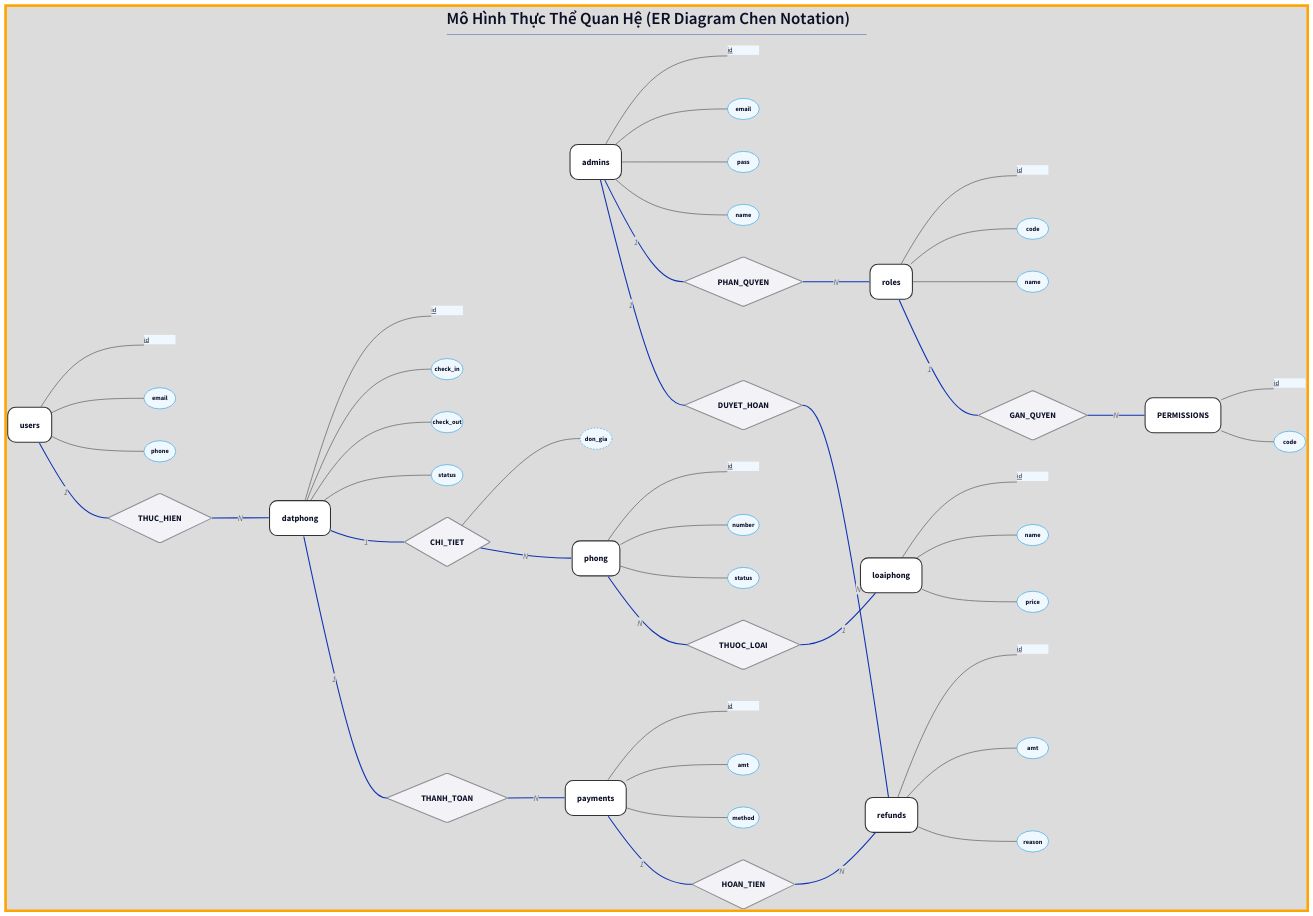
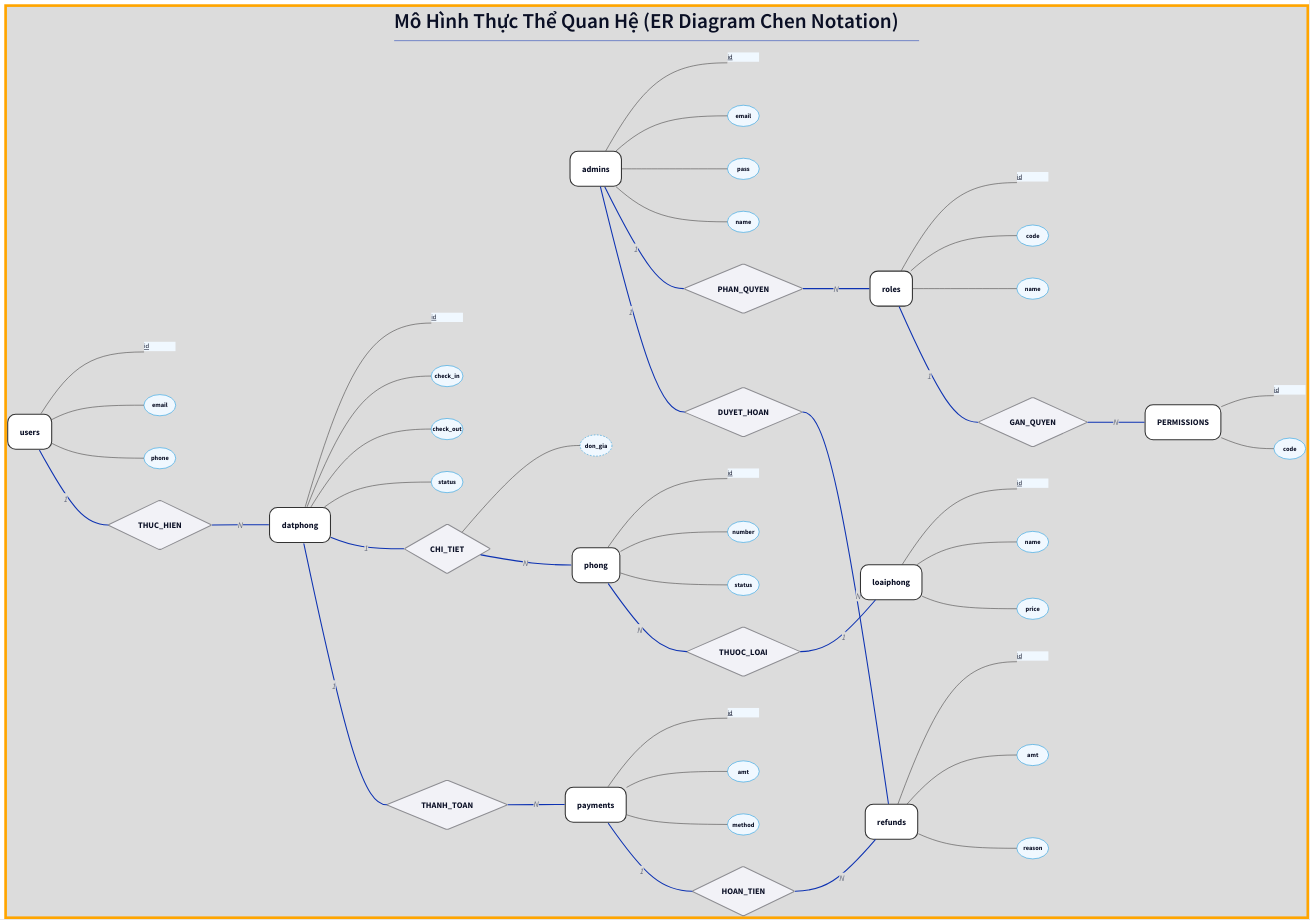
One commit to sam-uit/typst-report-template changed the diagram in content/er.d2. Above: the diagram before and after it, drawn with D2.

```diff
--- a/content/er.d2
+++ b/content/er.d2
@@ -1,191 +1,196 @@
 # Template: D2
 # Author: Sam Dinh
 # Mục đích: Tạo ER Diagram Chen Notation.
 # Trang nguồn: https://d2lang.com/
 # VSCode extension: Terrastruct.d2
 
 direction: right
 
 # Tiêu đề: căn góc trên-giữa
 title: |md
   # Mô Hình Thực Thể Quan Hệ (ER Diagram Chen Notation)
 | {near: top-center}
 
+title.style: {
+  font-size: 20
+  # font: "mono"
+}
+
 # --- 0. STYLES ---
 style: {
-  font: "mono"
+  # font: "mono"
   fill: "#dcdcdc"
   stroke: "orange"
   stroke-width: 5
 }
 
 # --- 1. CSS STYLES (THEME) ---
 classes: {
   # Thực thể: Chữ nhật bo góc Apple style
   entity: {
     shape: rectangle
     style: {
       border-radius: 15
       stroke-width: 2
       fill: "#FFFFFF"
       stroke: "#333333"
     }
   }
 
   # Thuộc tính: Oval màu xanh nhạt
   attr: {
     shape: oval
     width: 60
     height: 40
     style: {
       fill: "#F0F8FF"
       stroke: "#0d95de"
       stroke-width: 1
       font-size: 12
     }
   }
 
   # Quan hệ: Hình thoi
   rel: {
     shape: diamond
     style: {
       fill: "#F2F2F7"
       stroke: "#8E8E93"
     }
   }
 
   # Đường nối thuộc tính: Màu nhạt
   link_attr: {
     style: {
       stroke: "#3a3838"
       stroke-width: 1
     }
   }
 }
 
 # --- 2. DATA MODEL ---
 
 # === AUTH SYSTEM ===
 admins: {class: entity}
 # Attributes
 admin_id: {class: attr; label: |md <u>id</u> |}
 admin_mail: {class: attr; label: email}
 admin_pass: {class: attr; label: pass}
 admin_name: {class: attr; label: name}
 # Connections
 admins -- admin_id: {class: link_attr}
 admins -- admin_mail: {class: link_attr}
 admins -- admin_pass: {class: link_attr}
 admins -- admin_name: {class: link_attr}
 
 roles: {class: entity}
 role_id: {class: attr; label: |md <u>id</u> |}
 role_code: {class: attr; label: code}
 role_name: {class: attr; label: name}
 roles -- role_id: {class: link_attr}
 roles -- role_code: {class: link_attr}
 roles -- role_name: {class: link_attr}
 
 perms: {class: entity; label: PERMISSIONS}
 perm_id: {class: attr; label: |md <u>id</u> |}
 perm_code: {class: attr; label: code}
 perms -- perm_id: {class: link_attr}
 perms -- perm_code: {class: link_attr}
 
 # === BOOKING SYSTEM ===
 users: {class: entity}
 user_id: {class: attr; label: |md <u>id</u> |}
 user_mail: {class: attr; label: email}
 user_phn: {class: attr; label: phone}
 users -- user_id: {class: link_attr}
 users -- user_mail: {class: link_attr}
 users -- user_phn: {class: link_attr}
 
 datphong: {class: entity}
 dp_id: {class: attr; label: |md <u>id</u> |}
 dp_in: {class: attr; label: check_in}
 dp_out: {class: attr; label: check_out}
 dp_stt: {class: attr; label: status}
 datphong -- dp_id: {class: link_attr}
 datphong -- dp_in: {class: link_attr}
 datphong -- dp_out: {class: link_attr}
 datphong -- dp_stt: {class: link_attr}
 
 phong: {class: entity}
 p_id: {class: attr; label: |md <u>id</u> |}
 p_num: {class: attr; label: number}
 p_stt: {class: attr; label: status}
 phong -- p_id: {class: link_attr}
 phong -- p_num: {class: link_attr}
 phong -- p_stt: {class: link_attr}
 
 loaiphong: {class: entity}
 lp_id: {class: attr; label: |md <u>id</u> |}
 lp_name: {class: attr; label: name}
 lp_price: {class: attr; label: price}
 loaiphong -- lp_id: {class: link_attr}
 loaiphong -- lp_name: {class: link_attr}
 loaiphong -- lp_price: {class: link_attr}
 
 # === FINANCE SYSTEM ===
 payments: {class: entity}
 pay_id: {class: attr; label: |md <u>id</u> |}
 pay_amt: {class: attr; label: amt}
 pay_mth: {class: attr; label: method}
 payments -- pay_id: {class: link_attr}
 payments -- pay_amt: {class: link_attr}
 payments -- pay_mth: {class: link_attr}
 
 refunds: {class: entity}
 rf_id: {class: attr; label: |md <u>id</u> |}
 rf_amt: {class: attr; label: amt}
 rf_rsn: {class: attr; label: reason}
 refunds -- rf_id: {class: link_attr}
 refunds -- rf_amt: {class: link_attr}
 refunds -- rf_rsn: {class: link_attr}
 
 # --- 3. RELATIONSHIPS ---
 
 phan_quyen: {class: rel; label: PHAN_QUYEN}
 gan_quyen: {class: rel; label: GAN_QUYEN}
 thuc_hien: {class: rel; label: THUC_HIEN}
 chi_tiet: {class: rel; label: CHI_TIET}
 thuoc_loai: {class: rel; label: THUOC_LOAI}
 thanh_toan: {class: rel; label: THANH_TOAN}
 hoan_tien: {class: rel; label: HOAN_TIEN}
 duyet_hoan: {class: rel; label: DUYET_HOAN}
 
 # Attribute of Relationship
 attr_dongia: {class: attr; label: don_gia; style: {stroke-dash: 3}}
 chi_tiet -- attr_dongia: {class: link_attr}
 
 # --- 4. CONNECTIONS ---
 
 # Admin Flow
 admins -- phan_quyen: 1
 phan_quyen -- roles: N
 
 roles -- gan_quyen: 1
 gan_quyen -- perms: N
 
 # User Flow
 users -- thuc_hien: 1
 thuc_hien -- datphong: N
 
 # Room Flow
 datphong -- chi_tiet: 1
 chi_tiet -- phong: N
 
 phong -- thuoc_loai: N
 thuoc_loai -- loaiphong: 1
 
 # Payment Flow
 datphong -- thanh_toan: 1
 thanh_toan -- payments: N
 
 payments -- hoan_tien: 1
 hoan_tien -- refunds: N
 
 # Approval Flow
 admins -- duyet_hoan: 1
 duyet_hoan -- refunds: N
```
